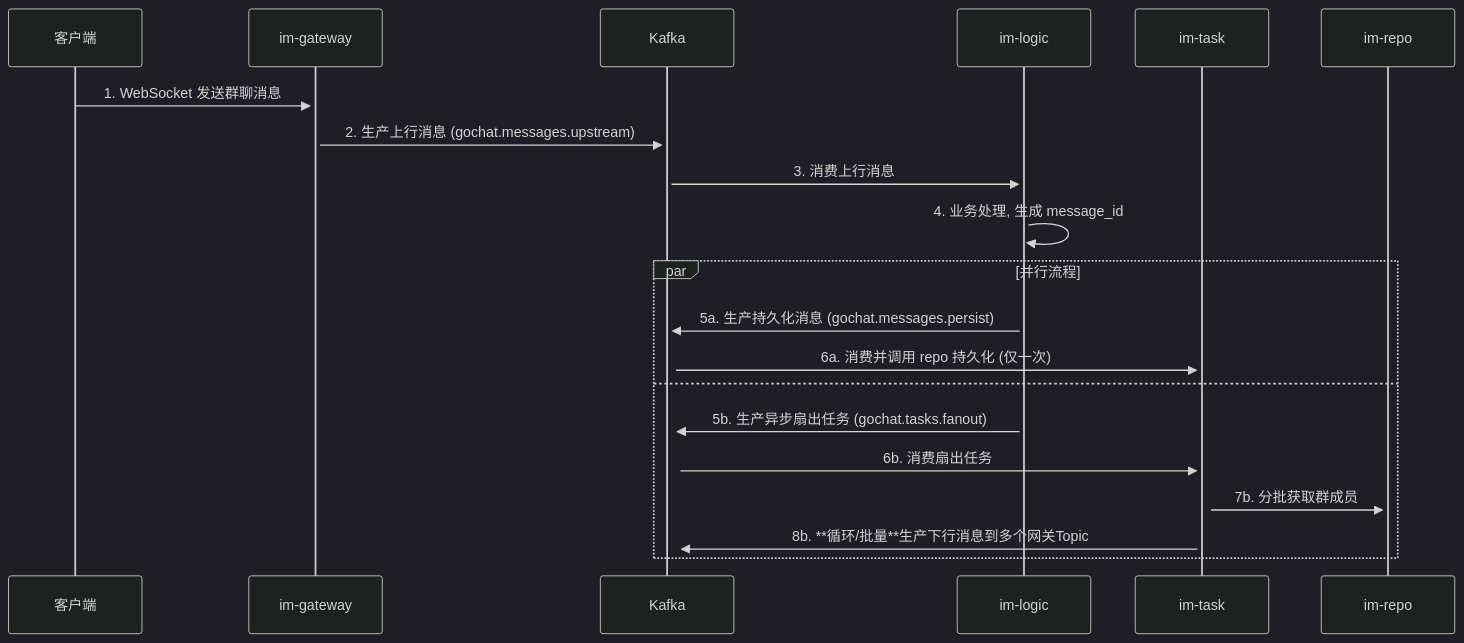
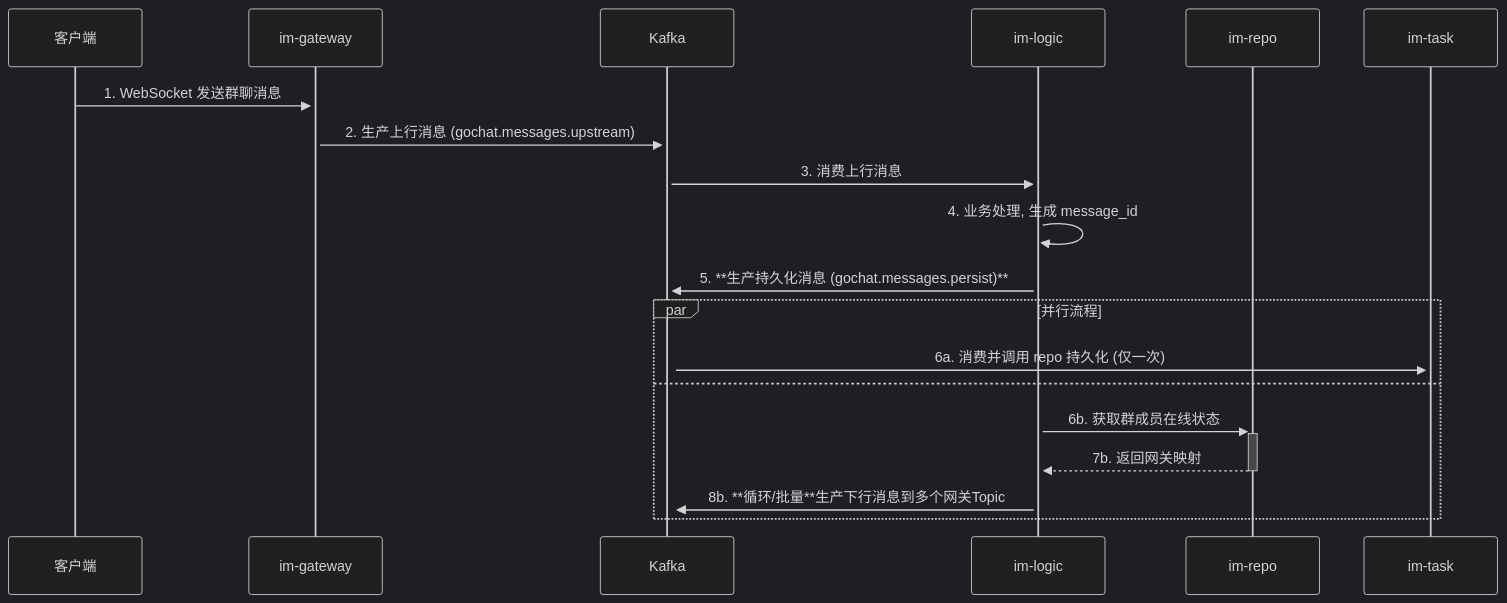
One commit to ceyewan/gochat changed the third of 3 diagrams in docs/01_architecture/02_dataflow.md. Above: the diagram before and after it, drawn with Mermaid (dark theme). The commit also changed other lines of this file and 1 other file, not shown here.

Commit message:
修复 kafka 主题与持久化

````diff
--- a/docs/01_architecture/02_dataflow.md
+++ b/docs/01_architecture/02_dataflow.md
@@ -93,25 +70,26 @@
 ```mermaid
 sequenceDiagram
     participant Client as 客户端
     participant Gateway as im-gateway
     participant Kafka as Kafka
     participant Logic as im-logic
+    participant Repo as im-repo
     participant Task as im-task
-    participant Repo as im-repo
 
     Client->>+Gateway: 1. WebSocket 发送群聊消息
     Gateway->>+Kafka: 2. 生产上行消息 (gochat.messages.upstream)
 
     Kafka->>+Logic: 3. 消费上行消息
     Logic->>Logic: 4. 业务处理, 生成 message_id
+    
+    Logic->>+Kafka: 5. **生产持久化消息 (gochat.messages.persist)**
+    
     par 并行流程
-        Logic->>+Kafka: 5a. 生产持久化消息 (gochat.messages.persist)
         Kafka->>+Task: 6a. 消费并调用 repo 持久化 (仅一次)
-
+        
     and
-        Logic->>+Kafka: 5b. 生产异步扇出任务 (gochat.tasks.fanout)
-        Kafka->>+Task: 6b. 消费扇出任务
-        Task->>+Repo: 7b. 分批获取群成员
-        Task->>+Kafka: 8b. **循环/批量**生产下行消息到多个网关Topic
+        Logic->>+Repo: 6b. 获取群成员在线状态
+        Repo-->>-Logic: 7b. 返回网关映射
+        Logic->>+Kafka: 8b. **循环/批量**生产下行消息到多个网关Topic
     end
 ```
````
